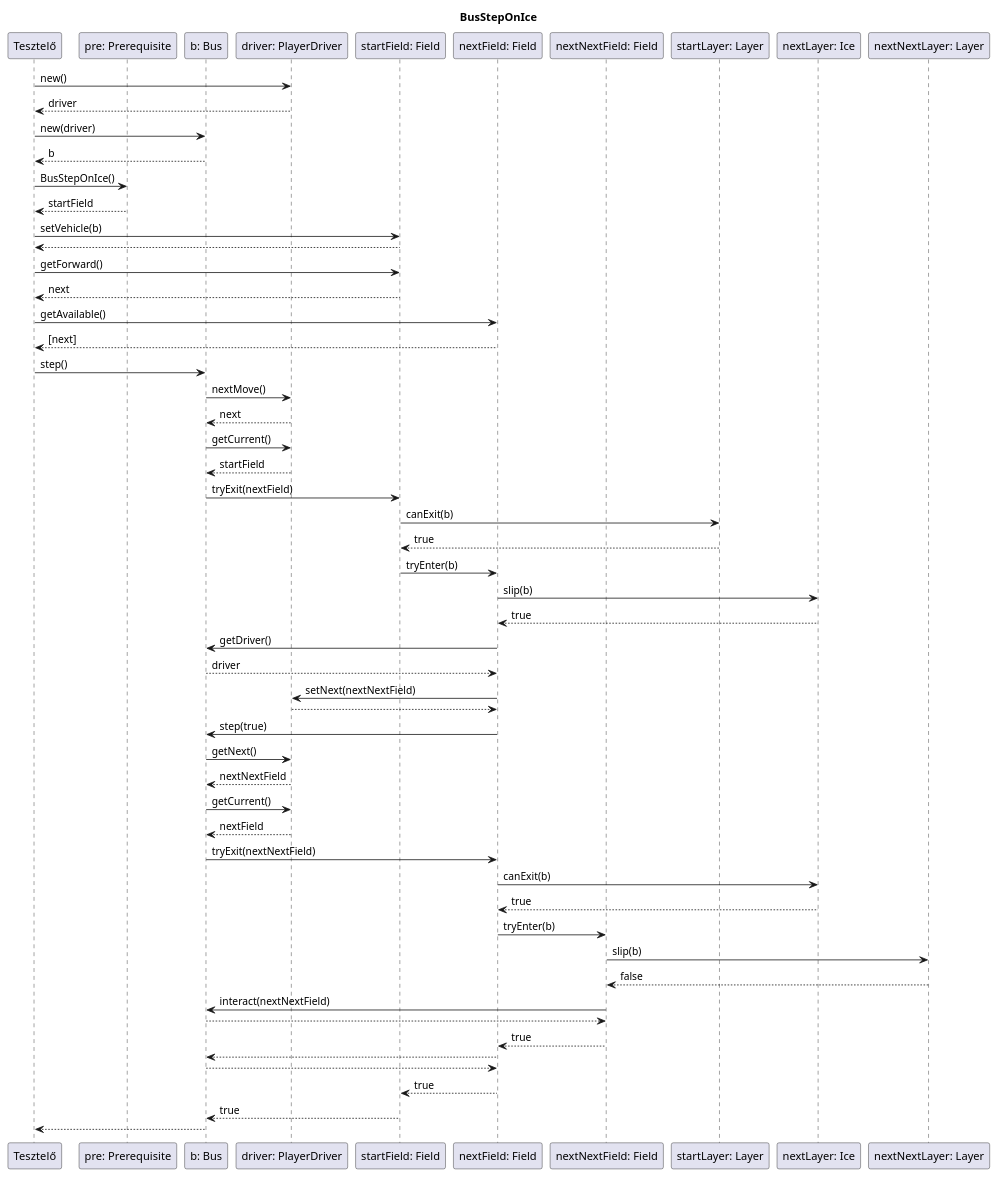
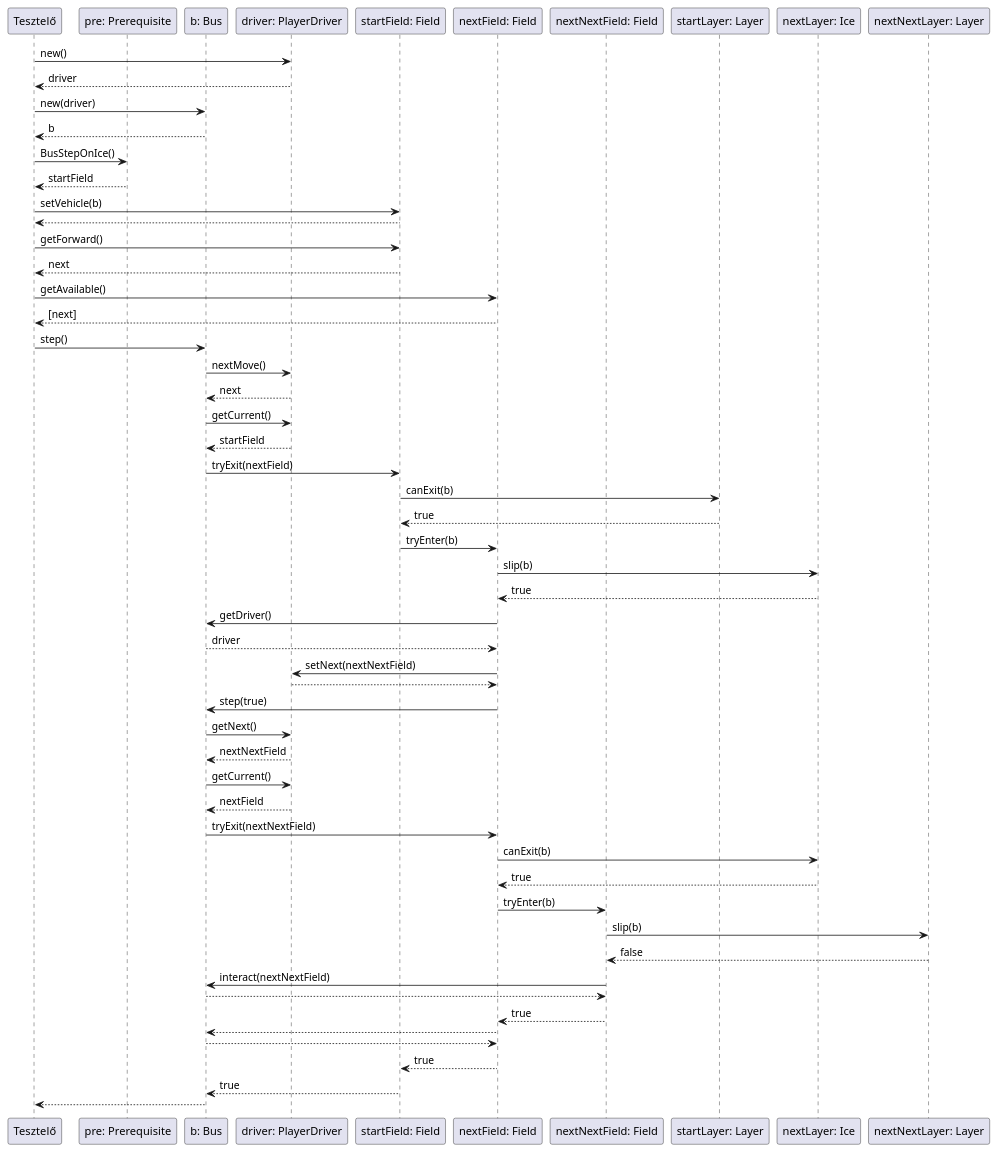
One commit to uhrinandor/spring changed the diagram in docs/skeleton/bus/BusStepOnIce.plantuml. Above: the diagram before and after it, drawn with PlantUML. The commit also changed 10 other files, not shown here.

```diff
--- a/docs/skeleton/bus/BusStepOnIce.plantuml
+++ b/docs/skeleton/bus/BusStepOnIce.plantuml
@@ -1,118 +1,119 @@
 @startuml
 /'komm diagram: 3 egymast koveto mezo kozepson jeg'/
 /'BusStepOnIce'/
-title BusStepOnIce
+
+
 participant "Tesztelő" as tester
 participant "pre: Prerequisite" as pre
 participant "b: Bus" as b
 participant "driver: PlayerDriver" as driver
 participant "startField: Field" as startField
 participant "nextField: Field" as nextField
 participant "nextNextField: Field" as nextNextField
 participant "startLayer: Layer" as startLayer
 participant "nextLayer: Ice" as nextLayer
 participant "nextNextLayer: Layer" as nextNextLayer
 /'letrehoz egy playerdrivert'/
 tester->driver:new()
 driver-->tester:driver
 
 /'letrehozza az buszt a playerdriverrel'/
 tester->b:new(driver)
 b-->tester:b
 
 /'pre megadja a kezdo mezot'/
 tester->pre:BusStepOnIce()
 pre-->tester:startField
 
 /'az elso mezo beallitja az autot'/
 tester->startField: setVehicle(b)
 startField-->tester:
 
 /'megkerdezi az elso mezot hogy mi a kovetkezo IRoad'/
 tester->startField: getForward()
 startField-->tester:next
 
 /'elkeri a Field-ek listajat a kovetkezo IRoad-tol'/
 tester->nextField:getAvailable()
 nextField-->tester: [next]
 
 tester->b: step()
 
 /'beallitja a kovetkezo lepest'/
 b->driver: nextMove()
 driver-->b:next
 
 /'lekerdezi az busz aktualis mezojet'/
 b -> driver: getCurrent()
 driver --> b: startField
 
 /'busz megprobal kilepni'/
 b -> startField: tryExit(nextField)
 
 /'busz megkerdezi h kilephet-e'/
 startField -> startLayer: canExit(b)
 startLayer --> startField: true
 
 /'megprobal belepni a kov mezore'/
 startField -> nextField: tryEnter(b)
 
 /'megcsuszik'/
 nextField -> nextLayer: slip(b)
 nextLayer --> nextField: true
 
 /'lekerdezi a sofort'/
 nextField -> b: getDriver()
 b --> nextField: driver
 
 /'beallitja a kovetkezo mezot'/
 nextField -> driver: setNext(nextNextField)
 driver --> nextField:
 
 /'forced==true mert kotelezo megcsuszas'/
 nextField -> b: step(true)
 
 /'lekeri a kov mezot'/
 b -> driver: getNext()
 driver --> b: nextNextField
 
 /'lekeri az aktualis mezot'/
 b -> driver: getCurrent()
 driver --> b: nextField
 
 /'megprobal lelepni a jegrol'/
 b -> nextField: tryExit(nextNextField)
 
 /'lelephet'/
 nextField -> nextLayer: canExit(b)
 nextLayer --> nextField: true
 
 /'megprobal belepni a harmadik mezore'/
 nextField -> nextNextField: tryEnter(b)
 
 /'a kovetkezon mar nem csuszik meg'/
 nextNextField -> nextNextLayer: slip(b)
 nextNextLayer --> nextNextField: false
 
 /'megnezi h odaert-e a vegallomasahoz'/
 nextNextField -> b: interact(nextNextField)
 b --> nextNextField: 
 
 /'tryEnter-re valasz sikerult belepni'/
 nextNextField --> nextField: true
 
 /'tryExit-re a valasz'/
 nextField --> b:
 
 /'step-re a valasz'/
 b --> nextField:
 
 /'tryEnter-re a valasz'/
 nextField --> startField: true
 
 /'tryExit'/
 startField --> b: true
 
 /'step'/
 b --> tester:
 
 @enduml
```
